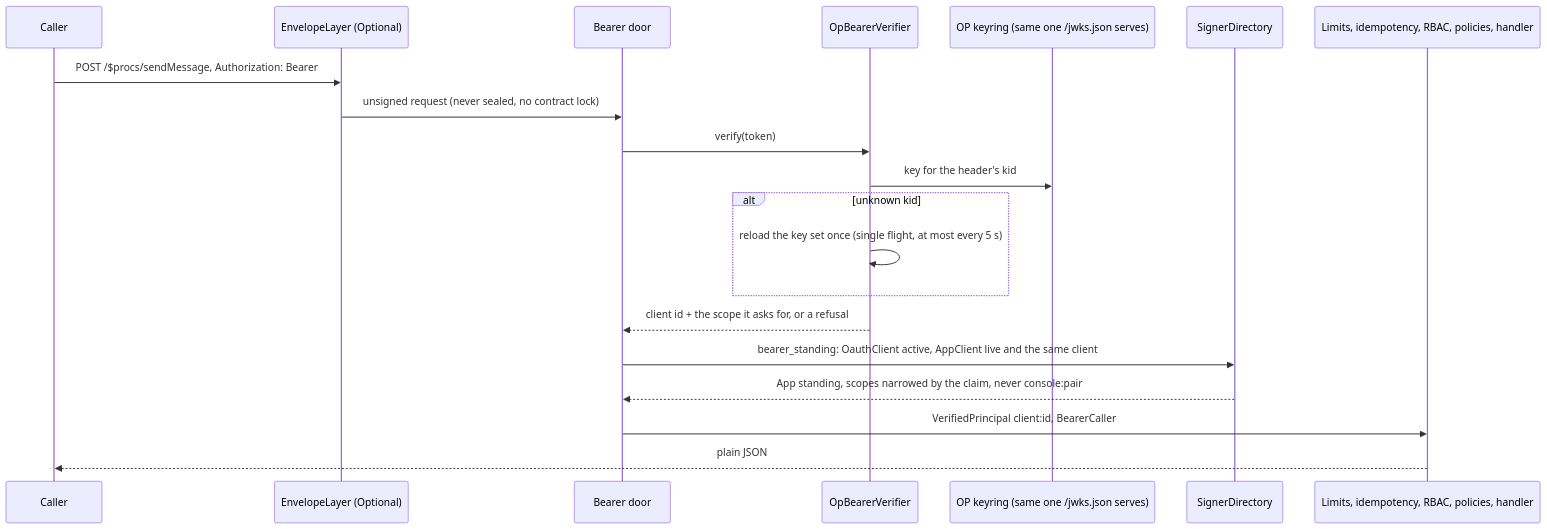
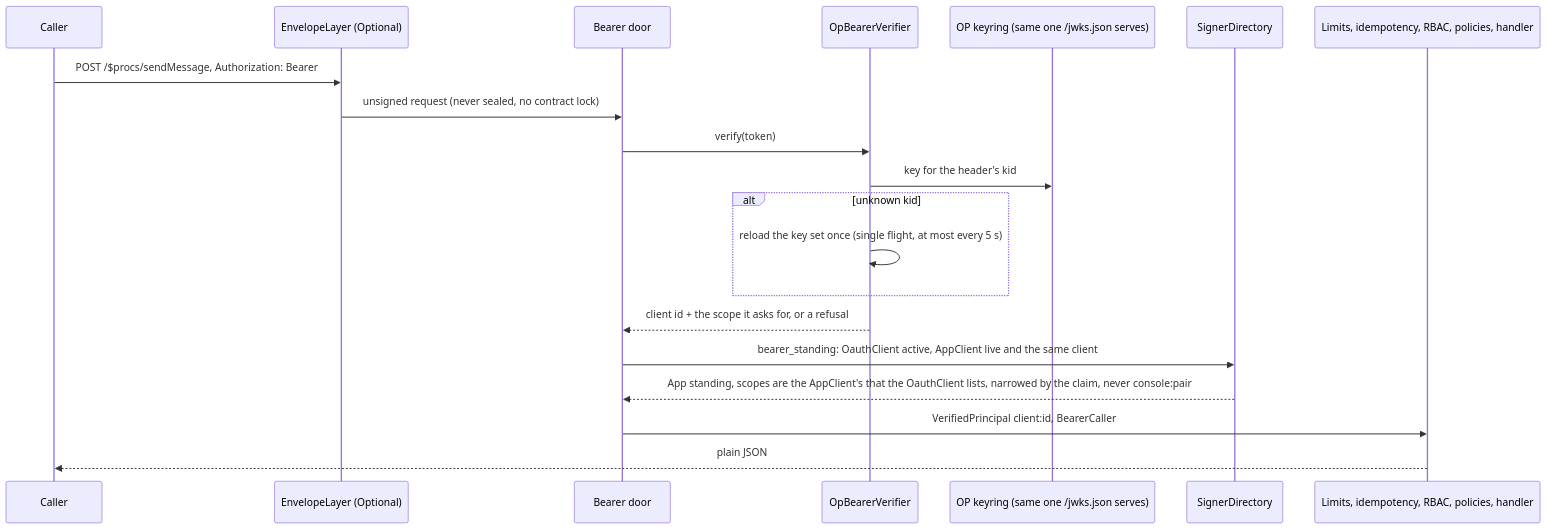
Before and after one commit to vaam-apps/vsms: the ninth of 19 diagrams in docs/architecture.md, drawn with Mermaid. The commit also changed other lines of this file and 6 other files, not shown here.

First line of the commit message:
fix(api): a token's scope never exceeds its OAuth client's (VSA-3b)

````diff
--- a/docs/architecture.md
+++ b/docs/architecture.md
@@ -2097,22 +2097,22 @@
 ```mermaid
 sequenceDiagram
     participant C as Caller
     participant E as EnvelopeLayer (Optional)
     participant B as Bearer door
     participant V as OpBearerVerifier
     participant K as OP keyring (same one /jwks.json serves)
     participant D as SignerDirectory
     participant R as Limits, idempotency, RBAC, policies, handler
     C->>E: POST /$procs/sendMessage, Authorization: Bearer
     E->>B: unsigned request (never sealed, no contract lock)
     B->>V: verify(token)
     V->>K: key for the header's kid
     alt unknown kid
         V->>V: reload the key set once (single flight, at most every 5 s)
     end
     V-->>B: client id + the scope it asks for, or a refusal
     B->>D: bearer_standing: OauthClient active, AppClient live and the same client
-    D-->>B: App standing, scopes narrowed by the claim, never console:pair
+    D-->>B: App standing, scopes are the AppClient's that the OauthClient lists, narrowed by the claim, never console:pair
     B->>R: VerifiedPrincipal client:id, BearerCaller
     R-->>C: plain JSON
 ```
````
